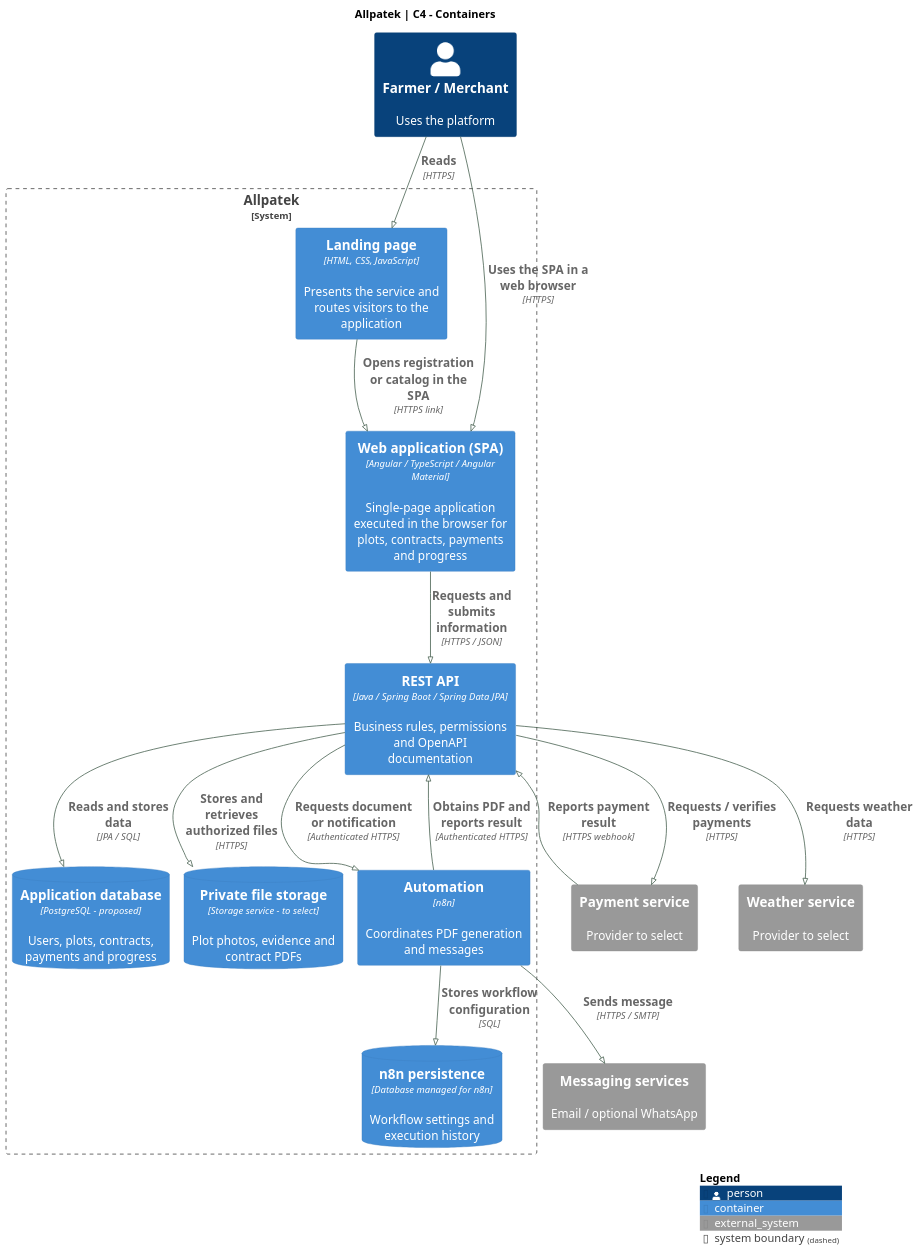
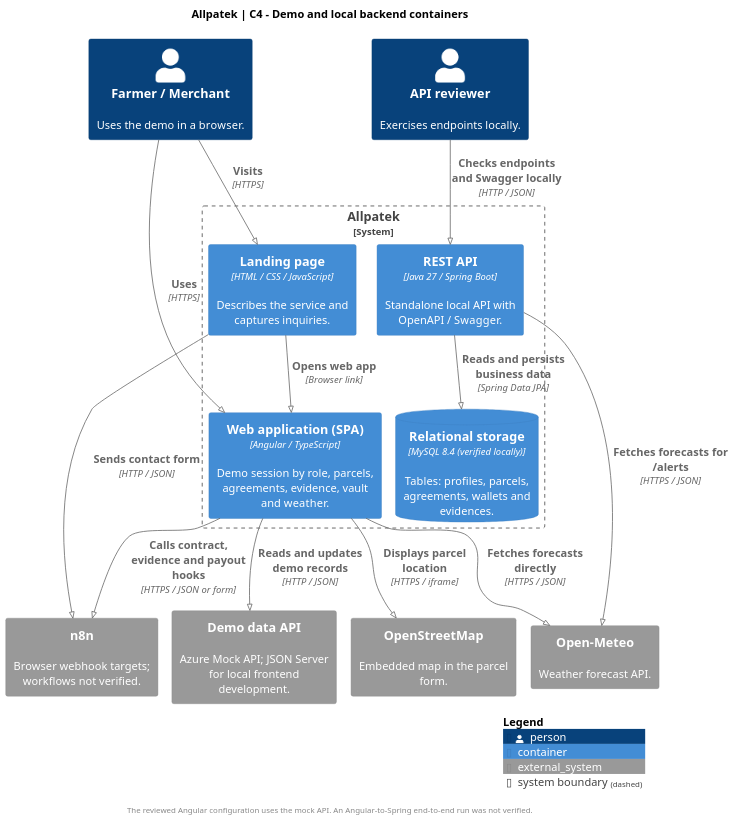
One commit to upc-pre-202620-1asi0729-7753-Terranova/allpatek-report changed the diagram in assets/chapter-04/architecture/03-containers.puml. Above: the diagram before and after it, drawn with PlantUML. The commit also changed 58 other files, not shown here.

Commit message:
docs(report): align architecture diagrams and flows with implementation

```diff
--- a/assets/chapter-04/architecture/03-containers.puml
+++ b/assets/chapter-04/architecture/03-containers.puml
@@ -1,42 +1,42 @@
 @startuml
 !pragma layout smetana
 !include <C4/C4_Container>
 skinparam backgroundColor white
 skinparam defaultFontName SansSerif
-skinparam defaultFontSize 15
+skinparam defaultFontSize 14
 skinparam shadowing false
-skinparam classAttributeIconSize 0
-skinparam ArrowColor #476050
 skinparam dpi 140
-title Allpatek | C4 - Containers
 
+title Allpatek | C4 - Demo and local backend containers
 LAYOUT_TOP_DOWN()
-Person(user,"Farmer / Merchant","Uses the platform")
-System_Boundary(allpatek,"Allpatek") {
- Container(landing,"Landing page","HTML, CSS, JavaScript","Presents the service and routes visitors to the application")
- Container(web,"Web application (SPA)","Angular / TypeScript / Angular Material","Single-page application executed in the browser for plots, contracts, payments and progress")
- Container(api,"REST API","Java / Spring Boot / Spring Data JPA","Business rules, permissions and OpenAPI documentation")
- ContainerDb(db,"Application database","PostgreSQL - proposed","Users, plots, contracts, payments and progress")
- Container(auto,"Automation","n8n","Coordinates PDF generation and messages")
- ContainerDb(files,"Private file storage","Storage service - to select","Plot photos, evidence and contract PDFs")
- ContainerDb(runtime,"n8n persistence","Database managed for n8n","Workflow settings and execution history")
+
+Person(user, "Farmer / Merchant", "Uses the demo in a browser.")
+Person(reviewer, "API reviewer", "Exercises endpoints locally.")
+
+System_Boundary(allpatek, "Allpatek") {
+  Container(landing, "Landing page", "HTML / CSS / JavaScript", "Describes the service and captures inquiries.")
+  Container(web, "Web application (SPA)", "Angular / TypeScript", "Demo session by role, parcels, agreements, evidence, vault and weather.")
+  Container(api, "REST API", "Java 27 / Spring Boot", "Standalone local API with OpenAPI / Swagger.")
+  ContainerDb(db, "Relational storage", "MySQL 8.4 (verified locally)", "Tables: profiles, parcels, agreements, wallets and evidences.")
 }
-System_Ext(pay,"Payment service","Provider to select")
-System_Ext(weather,"Weather service","Provider to select")
-System_Ext(mail,"Messaging services","Email / optional WhatsApp")
-Rel(user,landing,"Reads", "HTTPS")
-Rel(user,web,"Uses the SPA in a web browser", "HTTPS")
-Rel(landing,web,"Opens registration or catalog in the SPA", "HTTPS link")
-Rel(web,api,"Requests and submits information", "HTTPS / JSON")
-Rel(api,db,"Reads and stores data", "JPA / SQL")
-Rel(api,files,"Stores and retrieves authorized files", "HTTPS")
-Rel(api,pay,"Requests / verifies payments", "HTTPS")
-Rel(pay,api,"Reports payment result", "HTTPS webhook")
-Rel(api,weather,"Requests weather data", "HTTPS")
-Rel(api,auto,"Requests document or notification", "Authenticated HTTPS")
-Rel(auto,api,"Obtains PDF and reports result", "Authenticated HTTPS")
-Rel(auto,mail,"Sends message", "HTTPS / SMTP")
-Rel(auto,runtime,"Stores workflow configuration", "SQL")
+
+System_Ext(mock, "Demo data API", "Azure Mock API; JSON Server for local frontend development.")
+System_Ext(auto, "n8n", "Browser webhook targets; workflows not verified.")
+System_Ext(weather, "Open-Meteo", "Weather forecast API.")
+System_Ext(maps, "OpenStreetMap", "Embedded map in the parcel form.")
+
+Rel(user, landing, "Visits", "HTTPS")
+Rel(user, web, "Uses", "HTTPS")
+Rel(landing, web, "Opens web app", "Browser link")
+Rel(landing, auto, "Sends contact form", "HTTP / JSON")
+Rel(web, auto, "Calls contract, evidence and payout hooks", "HTTPS / JSON or form")
+Rel(web, mock, "Reads and updates demo records", "HTTP / JSON")
+Rel(web, weather, "Fetches forecasts directly", "HTTPS / JSON")
+Rel(web, maps, "Displays parcel location", "HTTPS / iframe")
+Rel(reviewer, api, "Checks endpoints and Swagger locally", "HTTP / JSON")
+Rel(api, db, "Reads and persists business data", "Spring Data JPA")
+Rel(api, weather, "Fetches forecasts for /alerts", "HTTPS / JSON")
+
+footer The reviewed Angular configuration uses the mock API. An Angular-to-Spring end-to-end run was not verified.
 SHOW_LEGEND()
-
 @enduml
```
